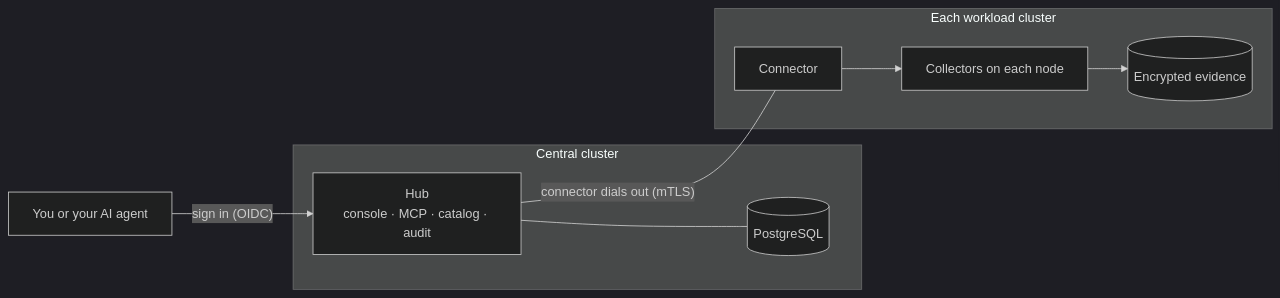
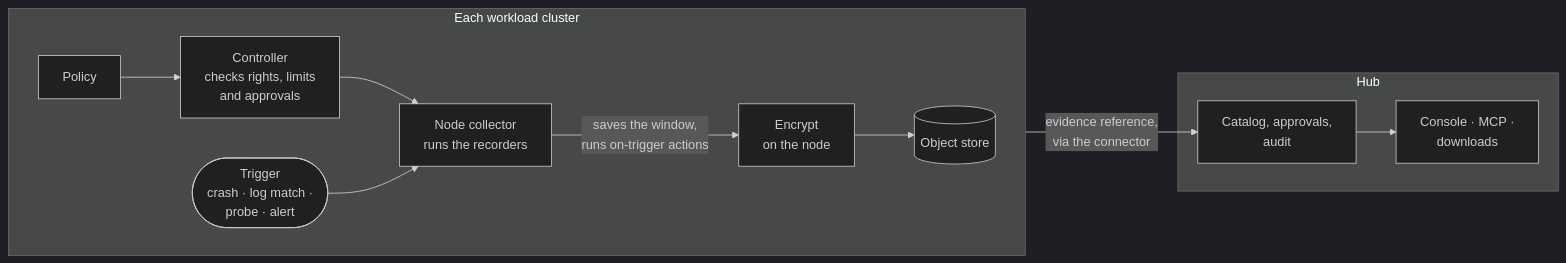
The diagram in README.md (phihos/asservat), drawn with Mermaid (dark theme) before and after one commit. The commit also changed other lines of this file, not shown here.

First line of the commit message:
README: drop obvious columns and status, show the collection flow

````diff
--- a/README.md
+++ b/README.md
@@ -65,17 +62,15 @@
 ```mermaid
 flowchart LR
-    User["You or your AI agent"] -->|"sign in (OIDC)"| Hub
-    subgraph Central["Central cluster"]
-        Hub["Hub<br/>console · MCP · catalog · audit"]
-        DB[("PostgreSQL")]
-        Hub --- DB
+    subgraph Workload["Each workload cluster"]
+        direction LR
+        Policy["Policy"] --> Controller["Controller<br/>checks rights, limits<br/>and approvals"]
+        Controller --> Collector["Node collector<br/>runs the recorders"]
+        Trigger(["Trigger<br/>crash · log match ·<br/>probe · alert"]) --> Collector
+        Collector -->|"saves the window,<br/>runs on-trigger actions"| Encrypt["Encrypt<br/>on the node"]
+        Encrypt --> Store[("Object store")]
     end
-    subgraph Workload["Each workload cluster"]
-        Conn["Connector"]
-        Node["Collectors on each node"]
-        Store[("Encrypted evidence")]
-        Conn --> Node
-        Node --> Store
+    subgraph Central["Hub"]
+        Catalog["Catalog, approvals,<br/>audit"] --> Access["Console · MCP ·<br/>downloads"]
     end
-    Hub ---|"connector dials out (mTLS)"| Conn
+    Store -->|"evidence reference,<br/>via the connector"| Catalog
 ```
````
